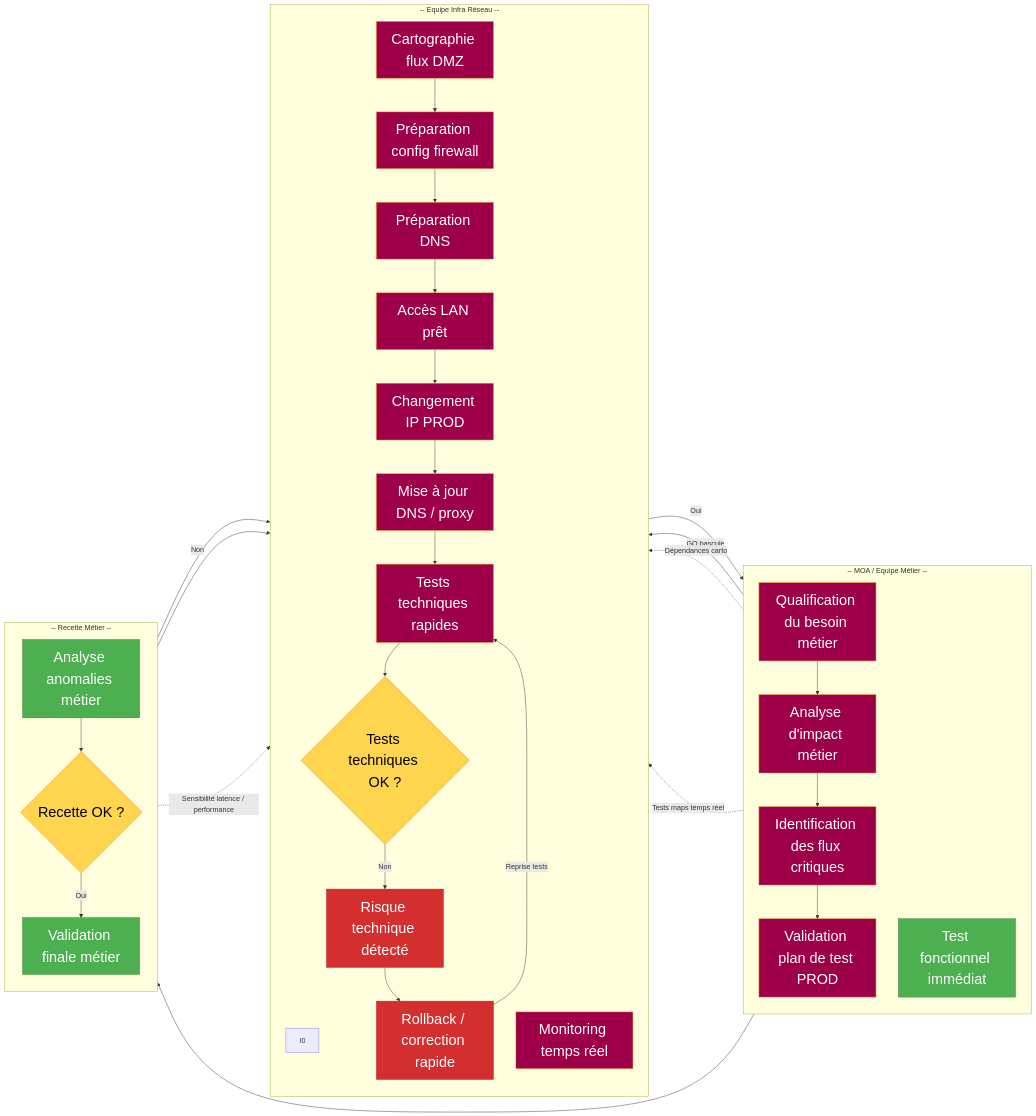
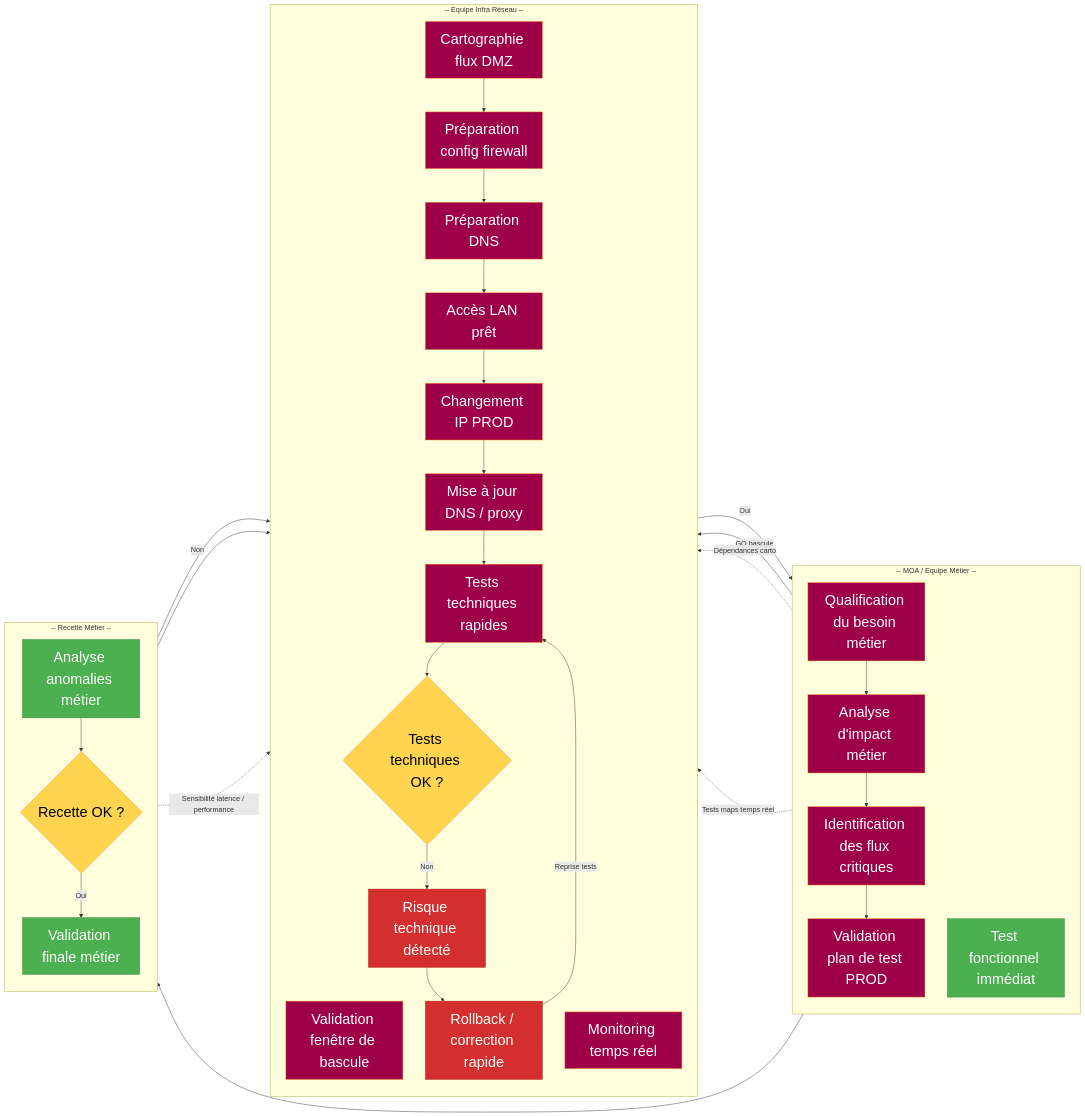
One commit to fdadda/iodraw-files changed the diagram in all/CHANGE IP - Sans Pre-Prod.md. Above: the diagram before and after it, drawn with Mermaid.

Commit message:
2026-06-01 15:09:17 update

````diff
--- a/all/CHANGE IP - Sans Pre-Prod.md
+++ b/all/CHANGE IP - Sans Pre-Prod.md
@@ -1,78 +1,78 @@
 ```mermaid
 flowchart LR
 
 %% Styles
 classDef metier fill:#9d0048,stroke:#f57f17,color:#ffffff,font-size:32px;
 classDef infra fill:#9d0048,stroke:#f57f17,color:#ffffff,font-size:32px;
 classDef recette fill:#4caf50,stroke:#2e7d32,color:#ffffff,font-size:32px;
 classDef decision fill:#ffd54f,stroke:#f57f17,color:#000000,font-size:32px;
 classDef risk fill:#d32f2f,stroke:#b71c1c,color:#ffffff,font-size:32px;
 
 %% Bloc Métier
 subgraph METIER [-- MOA / Equipe Métier --]
     direction TB
     M1["Qualification du besoin métier"]:::metier
     M2["Analyse d'impact métier"]:::metier
     M3["Identification des flux critiques"]:::metier
     M4["Validation plan de test PROD"]:::metier
     M5["Validation fenêtre de bascule"]:::metier
 
 end
 
 %% Bloc Infra
 subgraph INFRA [-- Equipe Infra Réseau --]
     direction TB
-    I0
+    I0["Validation fenêtre de bascule"]:::metier
     I1["Cartographie flux DMZ"]:::infra
     I2["Préparation config firewall"]:::infra
     I3["Préparation DNS"]:::infra
     I4["Accès LAN prêt"]:::infra
     I5["Changement IP PROD"]:::infra
     I6["Mise à jour DNS / proxy"]:::infra
     I7["Tests techniques rapides"]:::infra
     D1{"Tests techniques OK ?"}:::decision
     R1["Risque technique détecté"]:::risk
     I9["Rollback / correction rapide"]:::risk
     I8["Monitoring temps réel"]:::infra
 end
 
 %% Bloc Recette
 subgraph RECETTE [-- Recette Métier --]
     direction TB
     M5["Test fonctionnel immédiat"]:::recette
     M6["Analyse anomalies métier"]:::recette
     D2{"Recette OK ?"}:::decision
     M7["Validation finale métier"]:::recette
 end
 
 %% Ordonnancement visuel
 METIER --> INFRA --> RECETTE
 linkStyle 0 opacity:0
 linkStyle 1 opacity:0
 
 %% Workflow Métier
 M1 --> M2 --> M3 --> M4
 M4 -->|GO bascule| I1
 
 %% Workflow Infra
 I1 --> I2 --> I3 --> I4 --> I5 --> I6 --> I7 --> D1
 
 %% Décision technique
 D1 -->|Oui| M5
 D1 -->|Non| R1
 R1 --> I9
 I9 -->|Reprise tests| I7
 
 %% Workflow Recette
 M5 --> M6 --> D2
 D2 -->|Oui| M7
 D2 -->|Non| I9
 
 %% Mise en production stabilisée
 M7 --> I8
 
 %% Dépendances GEO
 M2 -.->|Dépendances carto| I7
 M5 -.->|Tests maps temps réel| I8
 M6 -.->|Sensibilité latence / performance| I8
 ```
````
